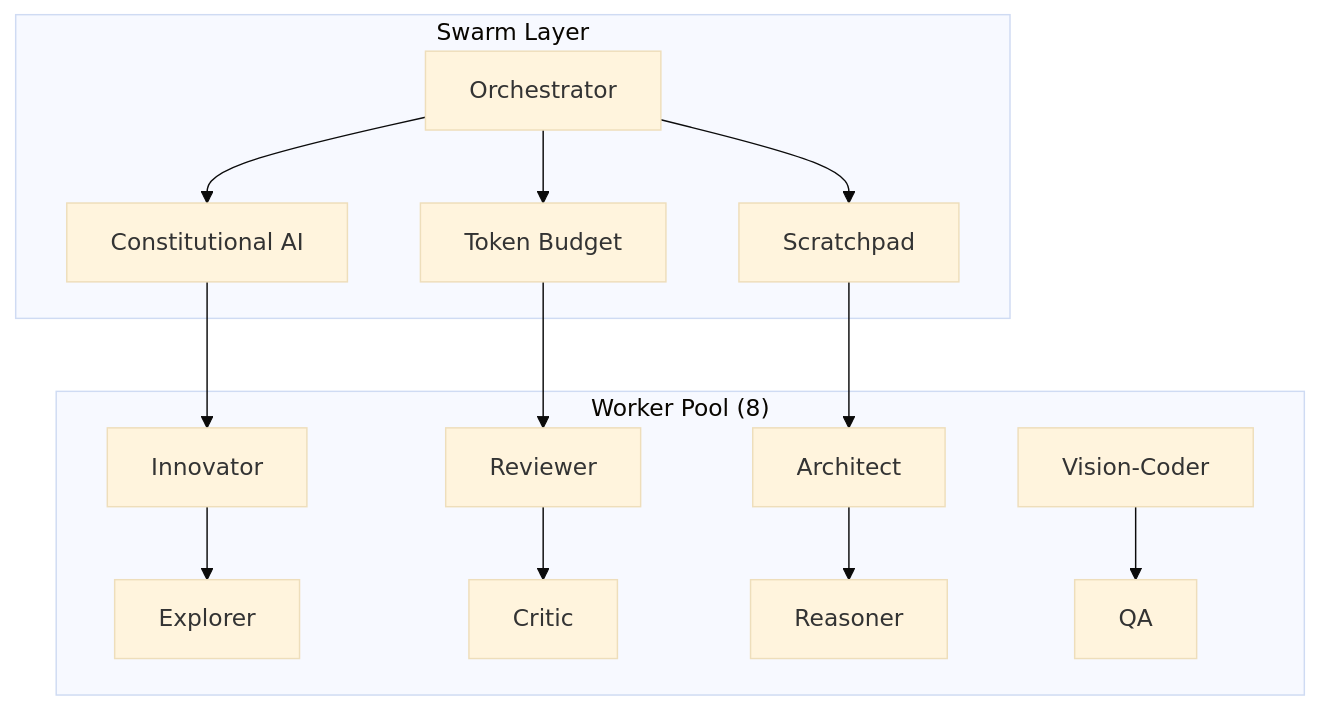
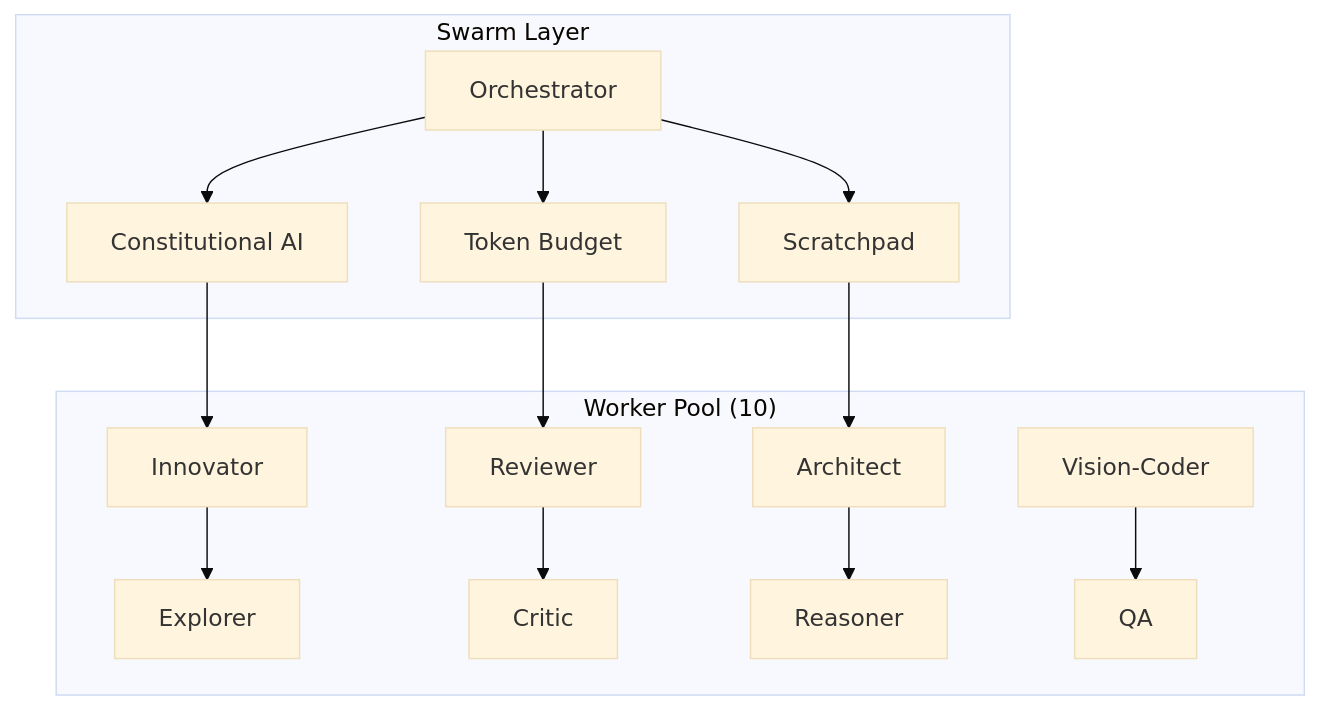
The first of 3 diagrams in SWARM-VAULT-WRITER.md (MohamedNamper333/swarm-agent), drawn with Mermaid (base theme) before and after one commit. The commit also changed 8 other files, not shown here.

````diff
--- a/SWARM-VAULT-WRITER.md
+++ b/SWARM-VAULT-WRITER.md
@@ -87,19 +87,19 @@
 ```mermaid
 graph TB
     subgraph "Swarm Layer"
         A[Orchestrator] --> B[Constitutional AI]
         A --> C[Token Budget]
         A --> D[Scratchpad]
     end
     
-    subgraph "Worker Pool (8)"
+    subgraph "Worker Pool (10)"
         E[Innovator] --> F[Explorer]
         G[Reviewer] --> H[Critic]
         I[Architect] --> J[Reasoner]
         K[Vision-Coder] --> L[QA]
     end
     
     B --> E
     C --> G
     D --> I
 ```
````
